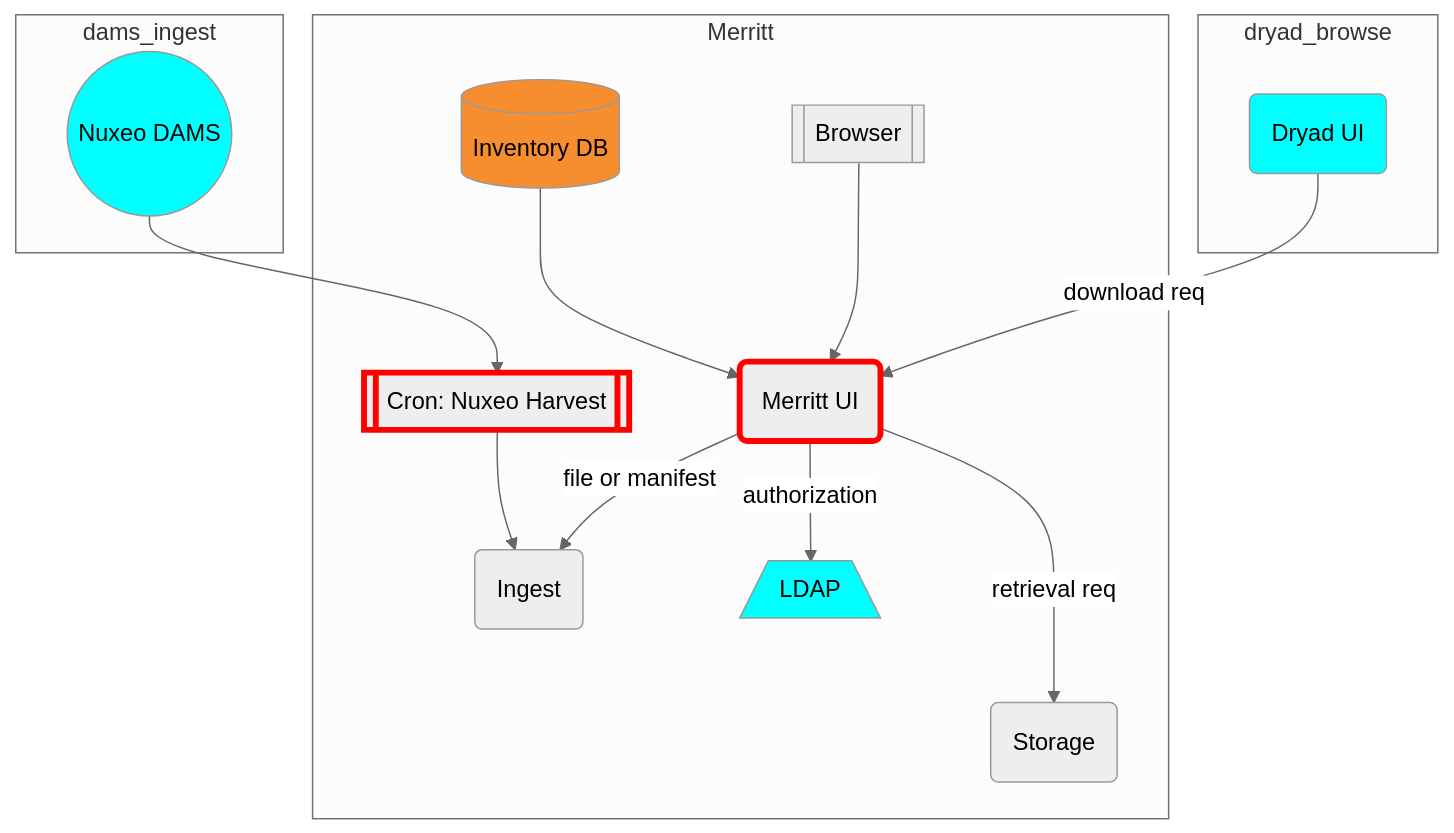
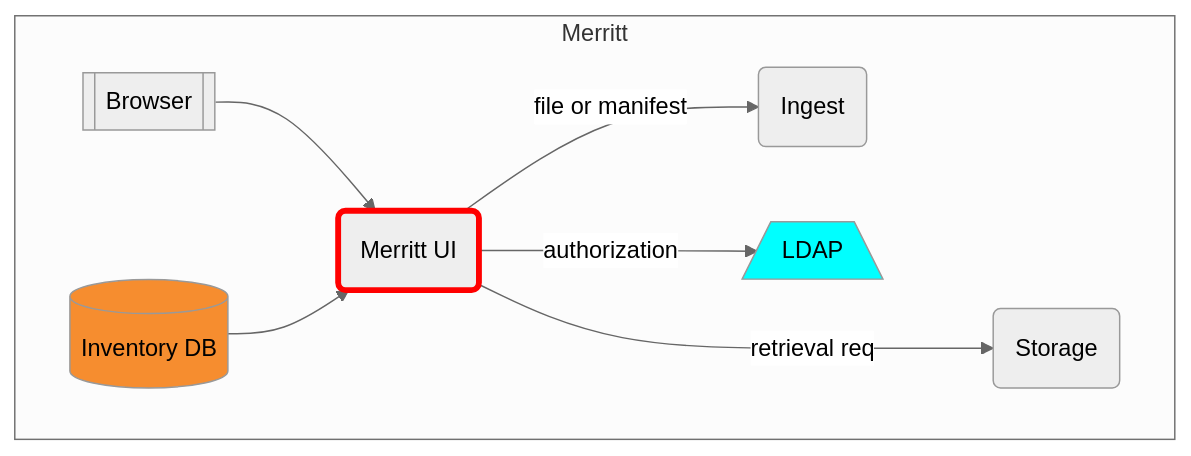
Before and after one commit to CDLUC3/mrt-dashboard: the diagram in README.md, drawn with Mermaid. The commit also changed other lines of this file and 3 other files, not shown here.

````diff
--- a/README.md
+++ b/README.md
@@ -14,39 +11,25 @@
 ```mermaid
 %%{init: {'theme': 'neutral', 'securityLevel': 'loose', 'themeVariables': {'fontFamily': 'arial'}}}%%
 graph TD
   RDS[(Inventory DB)]
   UI("Merritt UI")
   click UI href "https://github.com/CDLUC3/mrt-dashboard" "source code"
   ING(Ingest)
   click ING href "https://github.com/CDLUC3/mrt-ingest" "source code"
   ST(Storage)
   click ST href "https://github.com/CDLUC3/mrt-store" "source code"
   LDAP[/LDAP\]
-  NUXEO((Nuxeo DAMS))
-  DRYAD(Dryad UI)
-  click DRYAD href "https://datadryad.org/" "service link"
-  NFEED[[Cron: Nuxeo Harvest]]
   BROWSER[[Browser]]
 
   subgraph Merritt
     BROWSER --> UI
     RDS --> UI
     UI --> |"file or manifest"| ING
     UI --> |authorization| LDAP
     UI ---> |retrieval req| ST
-    NFEED --> ING
-  end
-  subgraph dryad_browse
-    DRYAD --> |download req| UI
-  end
-  subgraph dams_ingest
-    NUXEO --> NFEED
   end
 
   style RDS fill:#F68D2F
   style LDAP fill:cyan
-  style NUXEO fill:cyan
-  style DRYAD fill:cyan
   style UI stroke:red,stroke-width:4px
-  style NFEED stroke:red,stroke-width:4px
 ```
````
